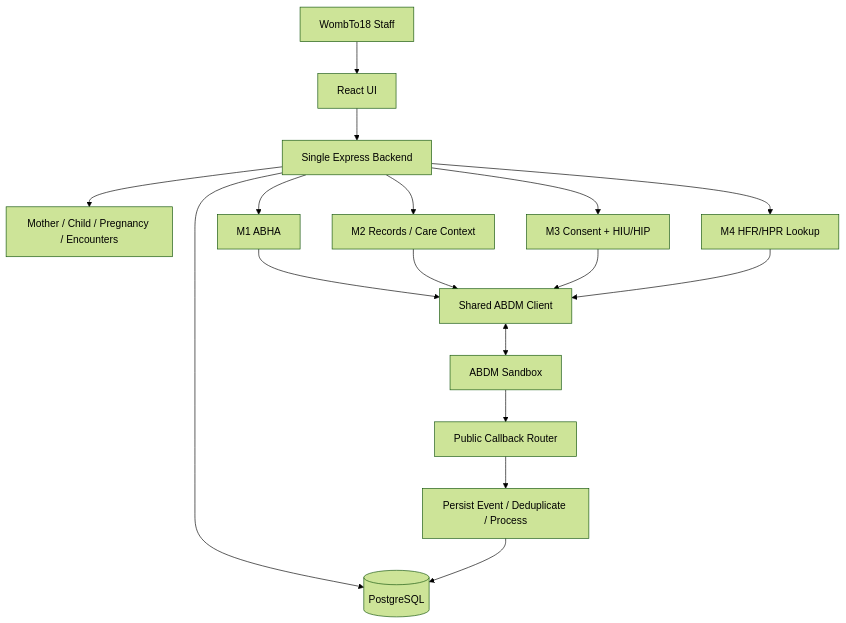
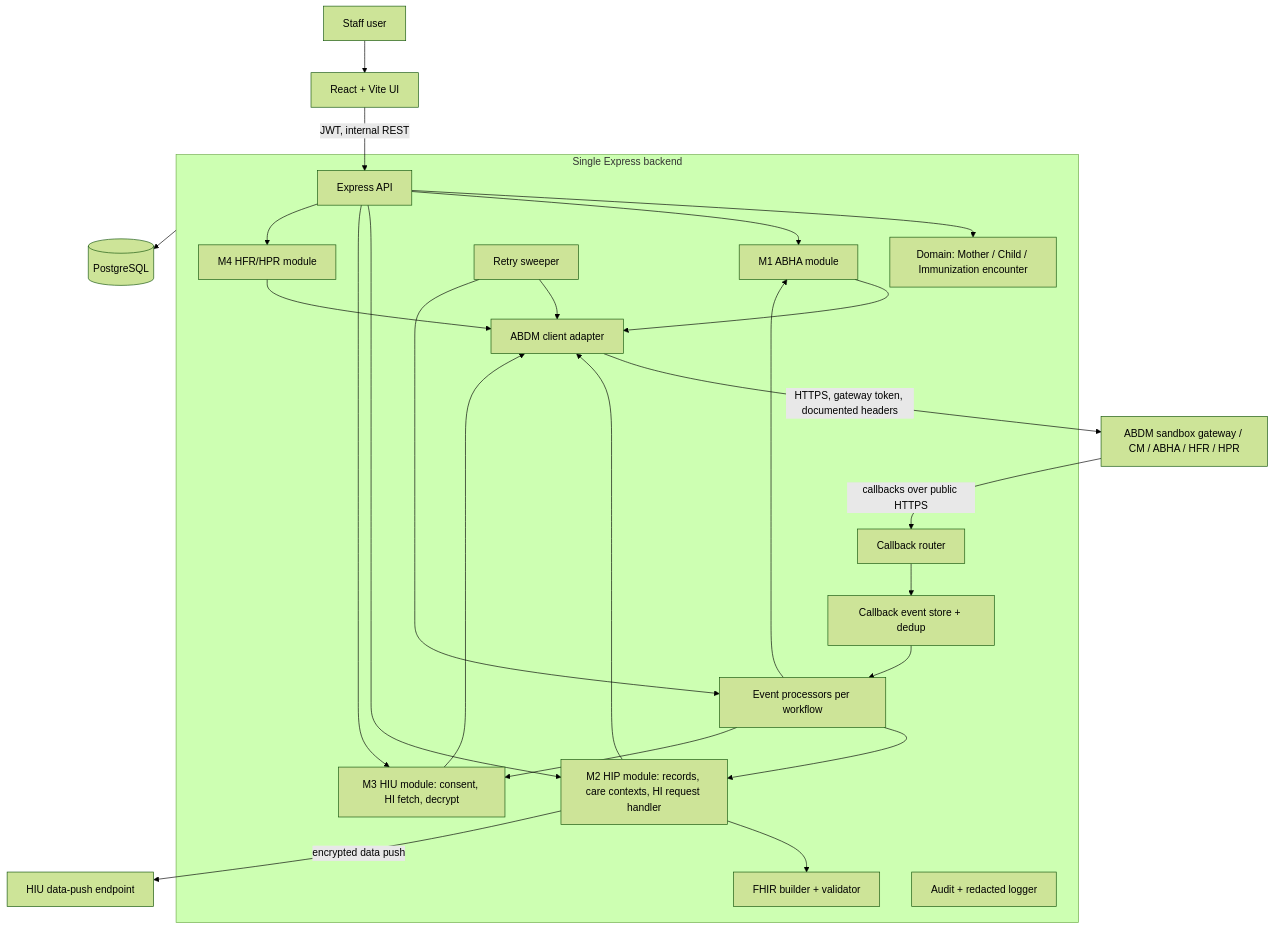
Before and after one commit to jyothis-dev/CHIP-Platform: the first of 5 diagrams in docs/architecture.md, drawn with Mermaid (forest theme). The commit also changed other lines of this file and 15 other files, not shown here.

````diff
--- a/docs/architecture.md
+++ b/docs/architecture.md
@@ -11,19 +14,26 @@
 ```mermaid
 flowchart TB
-  U[WombTo18 Staff] --> UI[React UI]
-  UI --> API[Single Express Backend]
-  API --> APP[Mother / Child / Pregnancy / Encounters]
-  API --> M1[M1 ABHA]
-  API --> M2[M2 Records / Care Context]
-  API --> M3[M3 Consent + HIU/HIP]
-  API --> M4[M4 HFR/HPR Lookup]
-  M1 --> ABDM[Shared ABDM Client]
-  M2 --> ABDM
-  M3 --> ABDM
-  M4 --> ABDM
-  ABDM <--> GW[ABDM Sandbox]
-  GW --> CB[Public Callback Router]
-  CB --> TX[Persist Event / Deduplicate / Process]
-  API --> DB[(PostgreSQL)]
-  TX --> DB
+  U[Staff user] --> UI[React + Vite UI]
+  UI -->|JWT, internal REST| API[Express API]
+
+  subgraph Backend[Single Express backend]
+    API --> DOM[Domain: Mother / Child / Immunization encounter]
+    API --> M1[M1 ABHA module]
+    API --> M2[M2 HIP module: records, care contexts, HI request handler]
+    API --> M3[M3 HIU module: consent, HI fetch, decrypt]
+    API --> M4[M4 HFR/HPR module]
+    M2 --> FHIR[FHIR builder + validator]
+    M1 & M2 & M3 & M4 --> CLIENT[ABDM client adapter]
+    CB[Callback router] --> EVT[Callback event store + dedup]
+    EVT --> PROC[Event processors per workflow]
+    PROC --> M1 & M2 & M3
+    SWEEP[Retry sweeper] --> CLIENT
+    SWEEP --> PROC
+    AUD[Audit + redacted logger]
+  end
+
+  CLIENT -->|HTTPS, gateway token, documented headers| GW[ABDM sandbox gateway / CM / ABHA / HFR / HPR]
+  GW -->|callbacks over public HTTPS| CB
+  M2 -->|encrypted data push| HIUPUSH[HIU data-push endpoint]
+  Backend --> DB[(PostgreSQL)]
 ```
````
